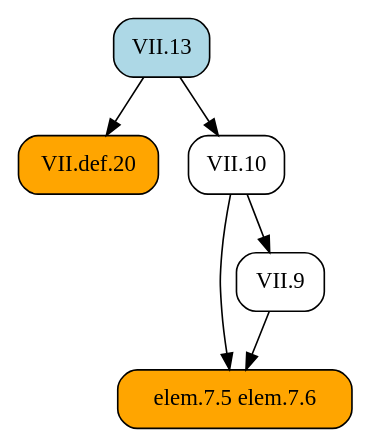
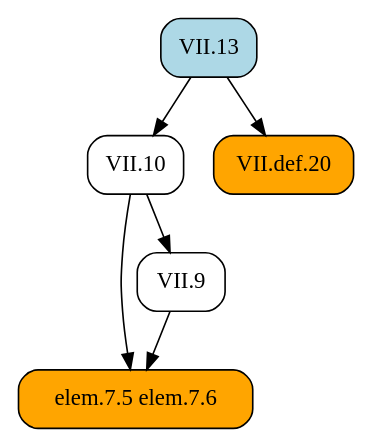
Before and after one commit to geometor/elements: the diagram in docsrc/heath/VII/13/index.rst, drawn with Graphviz. The commit also changed other lines of this file and 1029 other files, not shown here.

```diff
--- a/docsrc/heath/VII/13/index.rst
+++ b/docsrc/heath/VII/13/index.rst
@@ -44,16 +44,16 @@
 .. graphviz::
 
    digraph {
      rankdir="TB";
      node [shape=box, style=rounded];
-     "VII.def.20" [style="rounded,filled", fillcolor=orange, URL="/heath/VII/def.20/", target="_top"];
      "elem.7.5 elem.7.6" [style="rounded,filled", fillcolor=orange];
      "VII.13" [style="rounded,filled", fillcolor=lightblue, URL="/heath/VII/13/", target="_top"];
      "VII.10" [URL="/heath/VII/10/", target="_top"];
+     "VII.def.20" [style="rounded,filled", fillcolor=orange, URL="/heath/VII/def.20/", target="_top"];
      "VII.9" [URL="/heath/VII/9/", target="_top"];
-     "VII.13" -> "VII.def.20";
      "VII.9" -> "elem.7.5 elem.7.6";
      "VII.10" -> "elem.7.5 elem.7.6";
      "VII.13" -> "VII.10";
+     "VII.13" -> "VII.def.20";
      "VII.10" -> "VII.9";
    }
```
